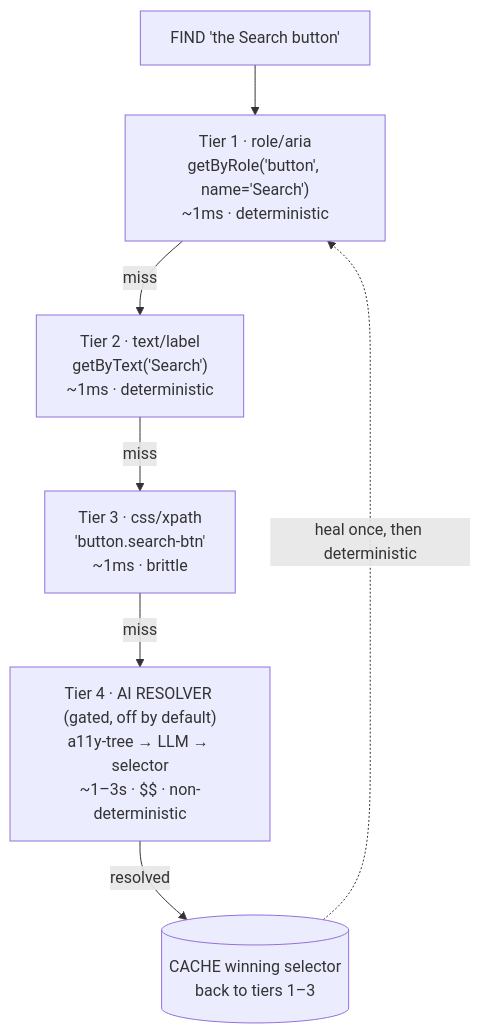
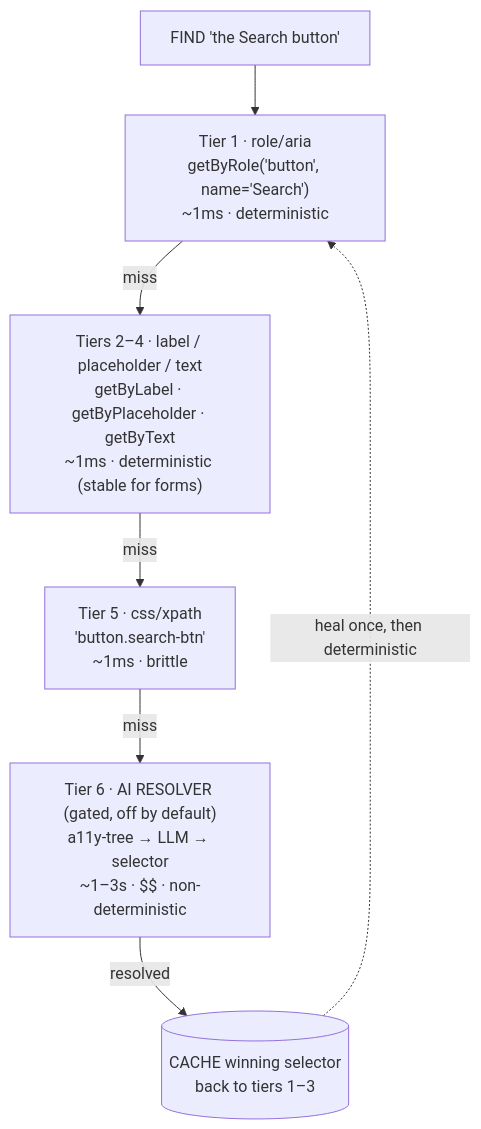
Before and after one commit to Lucifer4255/BraveBird: the third of 4 diagrams in ARCHITECTURE.md, drawn with Mermaid. The commit also changed other lines of this file and 3 other files, not shown here.

First line of the commit message:
feat: update architecture and enhance orchestration for browser automation

````diff
--- a/ARCHITECTURE.md
+++ b/ARCHITECTURE.md
@@ -142,10 +155,10 @@
 ```mermaid
 flowchart TD
     F["FIND 'the Search button'"] --> T1
     T1["Tier 1 · role/aria<br/>getByRole('button', name='Search')<br/>~1ms · deterministic"] -->|miss| T2
-    T2["Tier 2 · text/label<br/>getByText('Search')<br/>~1ms · deterministic"] -->|miss| T3
-    T3["Tier 3 · css/xpath<br/>'button.search-btn'<br/>~1ms · brittle"] -->|miss| T4
-    T4["Tier 4 · AI RESOLVER (gated, off by default)<br/>a11y-tree → LLM → selector<br/>~1–3s · $$ · non-deterministic"] -->|resolved| C
+    T2["Tiers 2–4 · label / placeholder / text<br/>getByLabel · getByPlaceholder · getByText<br/>~1ms · deterministic (stable for forms)"] -->|miss| T3
+    T3["Tier 5 · css/xpath<br/>'button.search-btn'<br/>~1ms · brittle"] -->|miss| T4
+    T4["Tier 6 · AI RESOLVER (gated, off by default)<br/>a11y-tree → LLM → selector<br/>~1–3s · $$ · non-deterministic"] -->|resolved| C
     C[("CACHE winning selector<br/>back to tiers 1–3")]
     C -.heal once, then deterministic.-> T1
 ```
````
